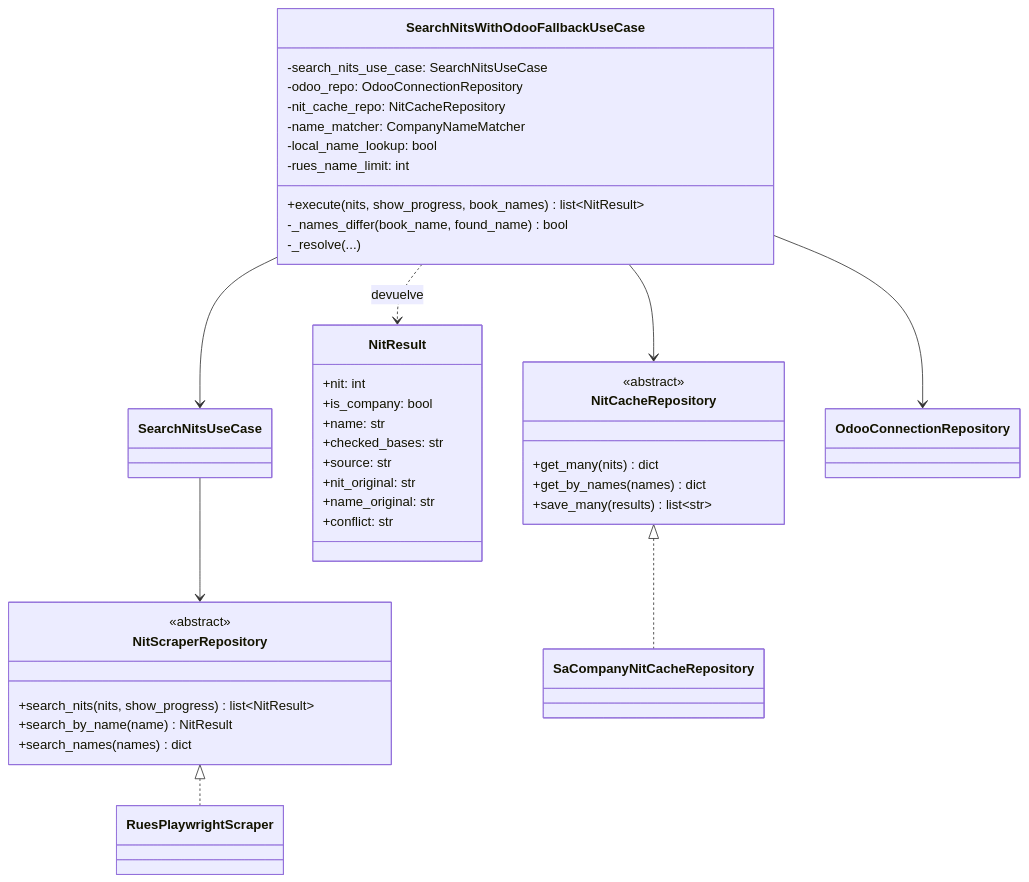
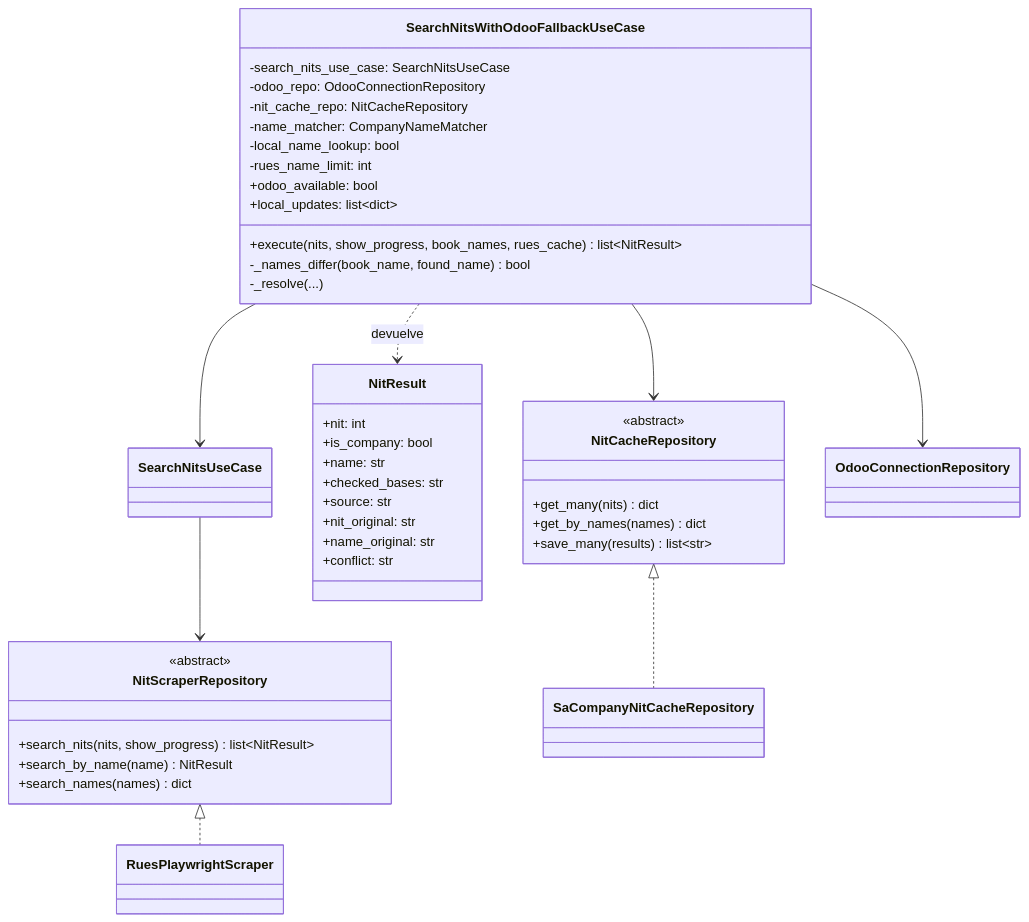
Before and after one commit to santo2409/Facturacion: the fifth of 12 diagrams in docs/c4-diagrams.md, drawn with Mermaid.

Commit message:
docs(docs): update c4-diagrams

````diff
--- a/docs/c4-diagrams.md
+++ b/docs/c4-diagrams.md
@@ -270,47 +270,49 @@
 ```mermaid
 classDiagram
     class SearchNitsWithOdooFallbackUseCase {
         -search_nits_use_case: SearchNitsUseCase
         -odoo_repo: OdooConnectionRepository
         -nit_cache_repo: NitCacheRepository
         -name_matcher: CompanyNameMatcher
         -local_name_lookup: bool
         -rues_name_limit: int
-        +execute(nits, show_progress, book_names) list~NitResult~
+        +odoo_available: bool
+        +local_updates: list~dict~
+        +execute(nits, show_progress, book_names, rues_cache) list~NitResult~
         -_names_differ(book_name, found_name) bool
         -_resolve(...)
     }
 
     class NitScraperRepository {
         <<abstract>>
         +search_nits(nits, show_progress) list~NitResult~
         +search_by_name(name) NitResult
         +search_names(names) dict
     }
 
     class NitCacheRepository {
         <<abstract>>
         +get_many(nits) dict
         +get_by_names(names) dict
         +save_many(results) list~str~
     }
 
     class NitResult {
         +nit: int
         +is_company: bool
         +name: str
         +checked_bases: str
         +source: str
         +nit_original: str
         +name_original: str
         +conflict: str
     }
 
     SearchNitsWithOdooFallbackUseCase --> SearchNitsUseCase
     SearchNitsWithOdooFallbackUseCase --> NitCacheRepository
     SearchNitsWithOdooFallbackUseCase --> OdooConnectionRepository
     SearchNitsUseCase --> NitScraperRepository
     NitScraperRepository <|.. RuesPlaywrightScraper
     NitCacheRepository <|.. SaCompanyNitCacheRepository
     SearchNitsWithOdooFallbackUseCase ..> NitResult : devuelve
 ```
````
